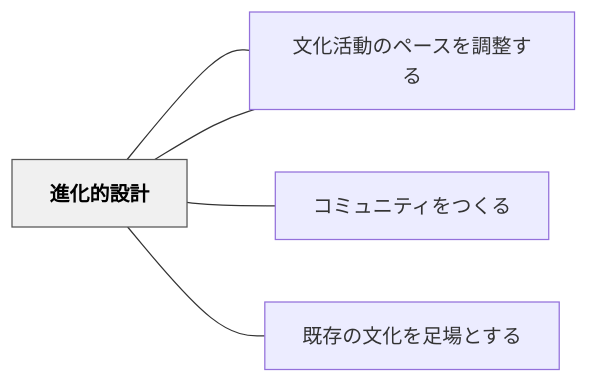
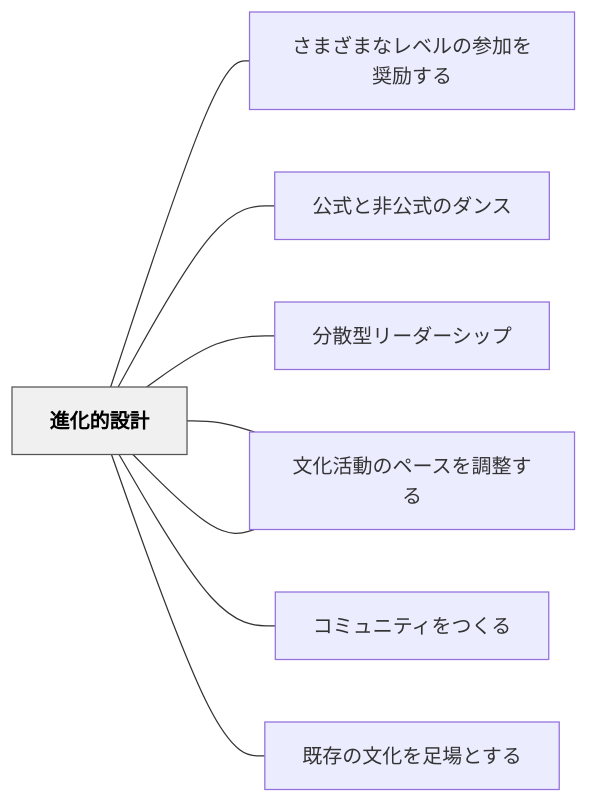
Before and after one commit to unknownthings-ed-patterns/unknownthings-ed-patterns: the diagram in content/パタン/進化的設計.md, drawn with Mermaid. The commit also changed other lines of this file and 473 other files, not shown here.

````diff
--- a/content/パタン/進化的設計.md
+++ b/content/パタン/進化的設計.md
@@ -54,16 +57,22 @@
 ```mermaid
 flowchart LR
     ne980b2e58c96["進化的設計"]
+    ne38195e381be["さまざまなレベルの参加を奨励する"]
+    ne585ace5bc8f["公式と非公式のダンス"]
+    ne58886e695a3["分散型リーダーシップ"]
     ne69687e58c96["文化をつくる"]
     ne382b3e3839f["コミュニティをつくる"]
     ne69687e58c96["文化活動のペースを調整する"]
     ne697a2e5ad98["既存の文化を足場とする"]
 
+    ne980b2e58c96 --- ne38195e381be
+    ne980b2e58c96 --- ne585ace5bc8f
+    ne980b2e58c96 --- ne58886e695a3
     ne980b2e58c96 --- ne69687e58c96
     ne980b2e58c96 --- ne382b3e3839f
     ne980b2e58c96 --- ne69687e58c96
     ne980b2e58c96 --- ne697a2e5ad98
 
     classDef hub fill:#f0f0f0,stroke:#555,color:#000,font-weight:bold
     class ne980b2e58c96 hub
 ```
````
